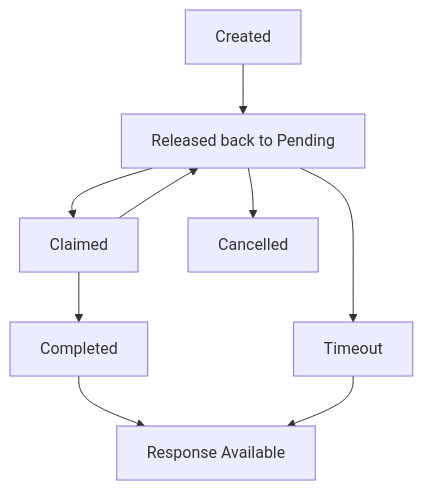
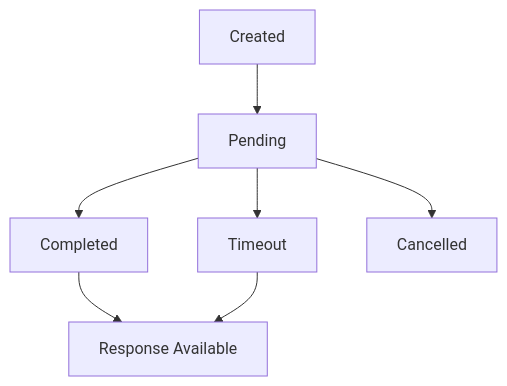
Before and after one commit to hitl-sh/docs.hitl.sh: the diagram in concepts/requests.mdx, drawn with Mermaid. The commit also changed other lines of this file and 89 other files, not shown here.

````diff
--- a/concepts/requests.mdx
+++ b/concepts/requests.mdx
@@ -266,11 +283,9 @@
 ```mermaid
 graph TD
     A[Created] --> B[Pending]
-    B --> C[Claimed]
-    B --> F[Timeout]
-    C --> D[Completed]
-    C --> B[Released back to Pending]
+    B --> C[Completed]
+    B --> D[Timeout]
     B --> E[Cancelled]
-    D --> G[Response Available]
-    F --> G
+    C --> F[Response Available]
+    D --> F
 ```
````
